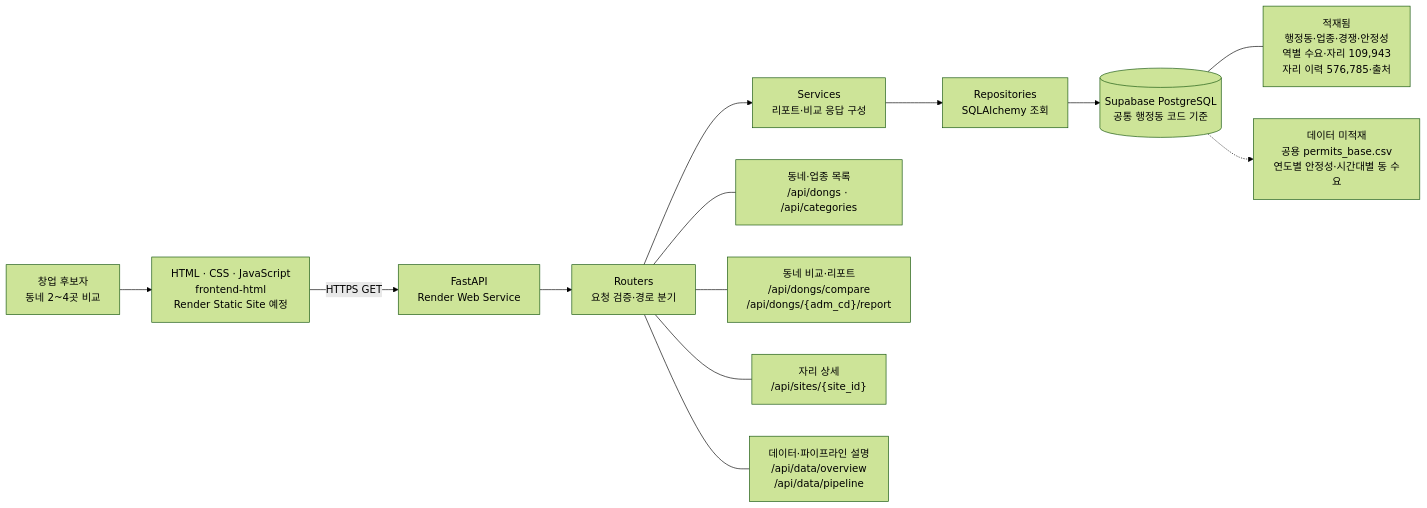
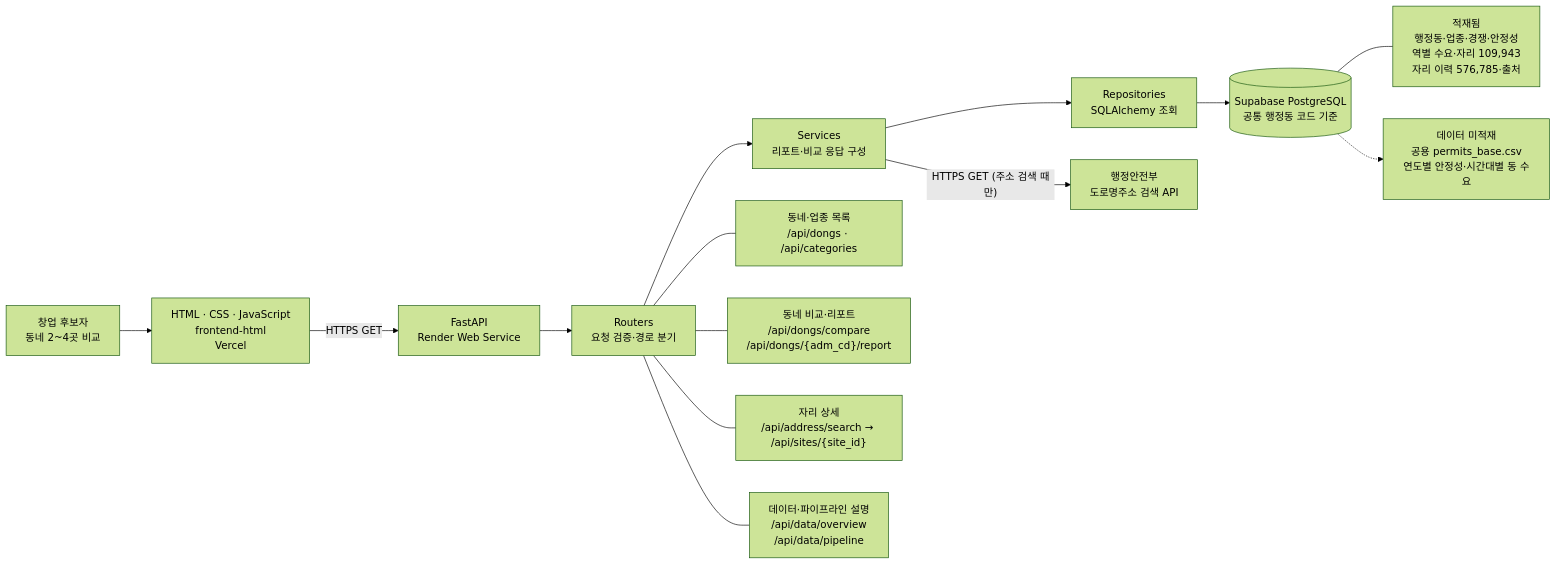
The first of 2 diagrams in docs/architecture.md (chloeyschung/where-to-open), drawn with Mermaid (forest theme) before and after one commit. The commit also changed other lines of this file and 12 other files, not shown here.

````diff
--- a/docs/architecture.md
+++ b/docs/architecture.md
@@ -7,22 +16,23 @@
 ```mermaid
 flowchart LR
     USER["창업 후보자<br/>동네 2~4곳 비교"]
-    FRONT["HTML · CSS · JavaScript<br/>frontend-html<br/>Render Static Site 예정"]
+    FRONT["HTML · CSS · JavaScript<br/>frontend-html<br/>Vercel"]
     API["FastAPI<br/>Render Web Service"]
     ROUTER["Routers<br/>요청 검증·경로 분기"]
     SERVICE["Services<br/>리포트·비교 응답 구성"]
     REPO["Repositories<br/>SQLAlchemy 조회"]
     DB[("Supabase PostgreSQL<br/>공통 행정동 코드 기준")]
 
     USER --> FRONT
     FRONT -->|HTTPS GET| API
     API --> ROUTER --> SERVICE --> REPO --> DB
+    SERVICE -->|"HTTPS GET (주소 검색 때만)"| JUSO["행정안전부<br/>도로명주소 검색 API"]
 
     ROUTER --- R1["동네·업종 목록<br/>/api/dongs · /api/categories"]
     ROUTER --- R2["동네 비교·리포트<br/>/api/dongs/compare<br/>/api/dongs/{adm_cd}/report"]
-    ROUTER --- R3["자리 상세<br/>/api/sites/{site_id}"]
+    ROUTER --- R3["자리 상세<br/>/api/address/search → /api/sites/{site_id}"]
     ROUTER --- R4["데이터·파이프라인 설명<br/>/api/data/overview<br/>/api/data/pipeline"]
 
     DB --- POP["적재됨<br/>행정동·업종·경쟁·안정성<br/>역별 수요·자리 109,943<br/>자리 이력 576,785·출처"]
     DB -.-> EMPTY["데이터 미적재<br/>공용 permits_base.csv<br/>연도별 안정성·시간대별 동 수요"]
 ```
````
